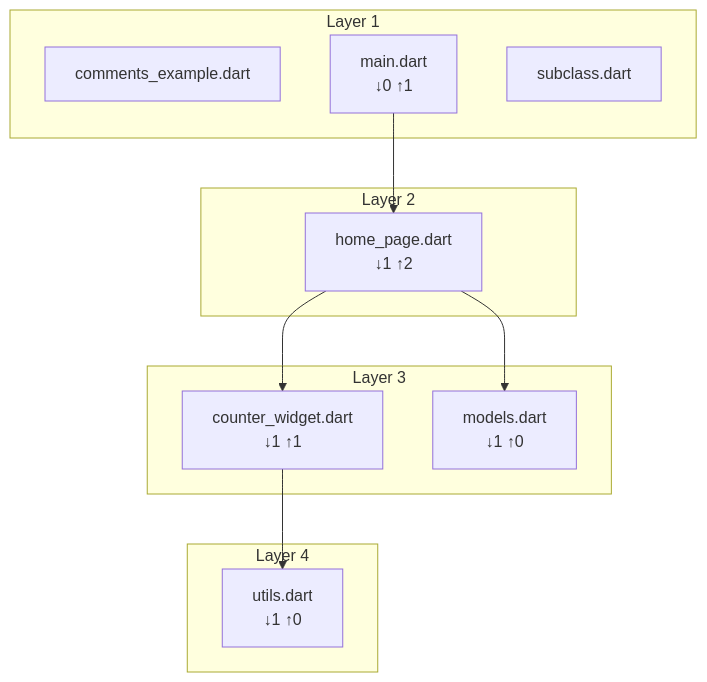
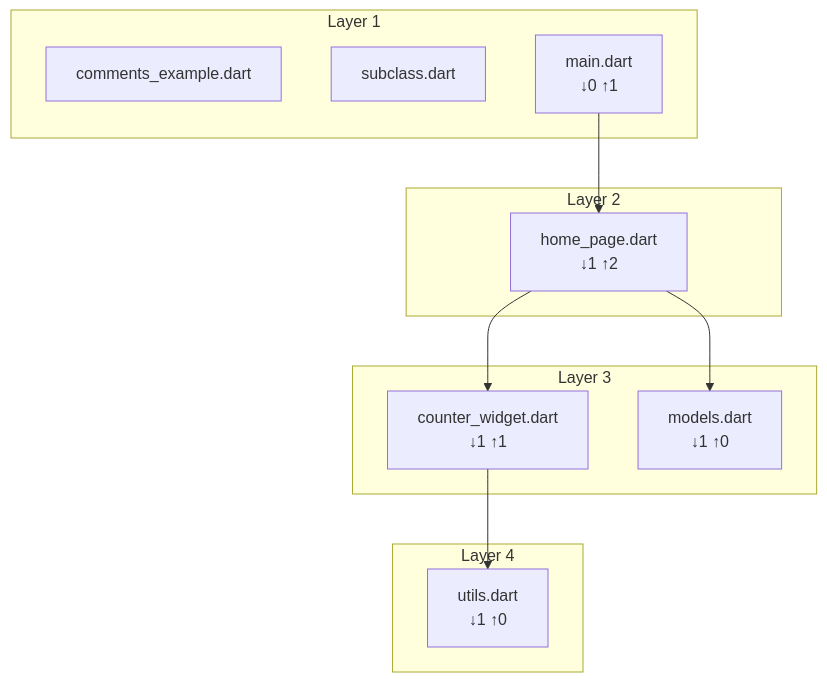
One commit to vteam-com/fCheck changed the diagram in example/fcheck.mmd. Above: the diagram before and after it, drawn with Mermaid. The commit also changed other lines of this file and 5 other files, not shown here.

```diff
--- a/example/fcheck.mmd
+++ b/example/fcheck.mmd
@@ -1,20 +1,20 @@
 graph TD
     subgraph Layer_1["Layer 1"]
         comments_example["comments_example.dart"]
+        subfolder_subclass["subclass.dart"]
         main["main.dart\n↓0 ↑1"]
-        subfolder_subclass["subclass.dart"]
     end
     subgraph Layer_4["Layer 4"]
         utils["utils.dart\n↓1 ↑0"]
     end
     subgraph Layer_3["Layer 3"]
         counter_widget["counter_widget.dart\n↓1 ↑1"]
         models["models.dart\n↓1 ↑0"]
     end
     subgraph Layer_2["Layer 2"]
         home_page["home_page.dart\n↓1 ↑2"]
     end
+    main --> home_page
     counter_widget --> utils
     home_page --> counter_widget
     home_page --> models
-    main --> home_page
```
